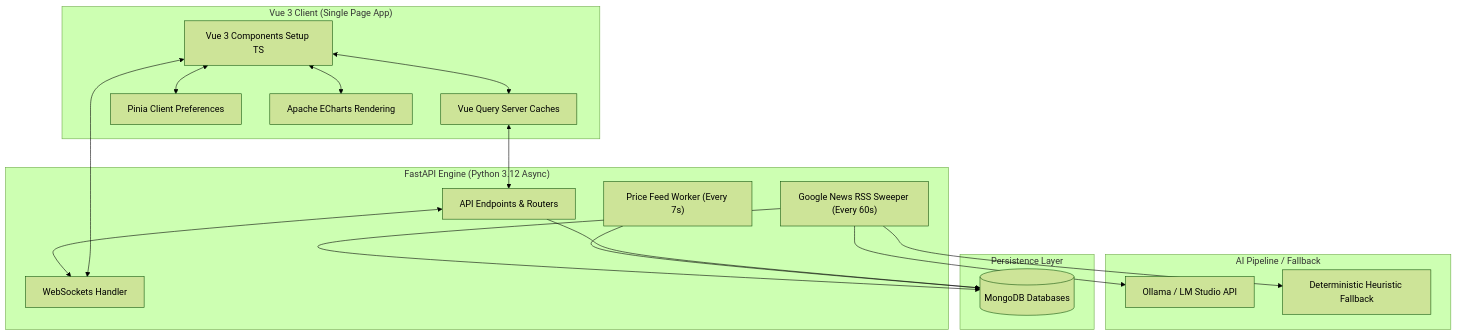
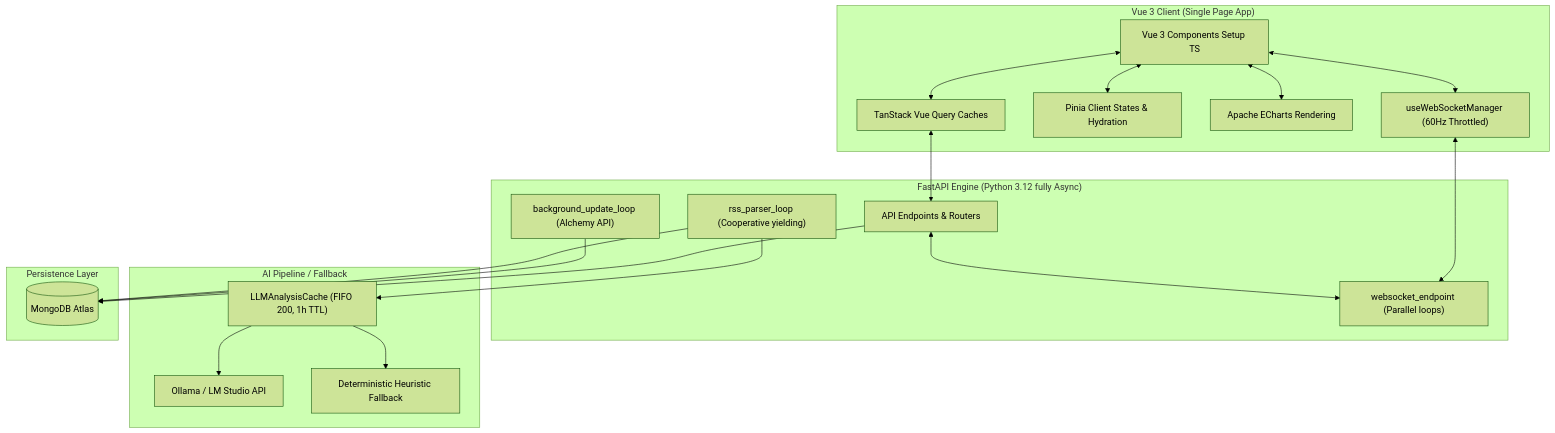
One commit to AlexKrivokorytov/Crypto-Market_Sentiment_Analyzer. changed the diagram in README.md. Above: the diagram before and after it, drawn with Mermaid (forest theme). The commit also changed other lines of this file and 27 other files, not shown here.

Commit message:
refactor!: complete production-grade refactoring of frontend (Vue3) and backend (FastAPI) layers

````diff
--- a/README.md
+++ b/README.md
@@ -30,31 +33,34 @@
 ```mermaid
 graph TD
     subgraph Frontend ["Vue 3 Client (Single Page App)"]
-        V["Vue 3 Components Setup TS"] <--> PQ["Vue Query Server Caches"]
-        V <--> P["Pinia Client Preferences"]
+        V["Vue 3 Components Setup TS"] <--> PQ["TanStack Vue Query Caches"]
+        V <--> P["Pinia Client States & Hydration"]
         V <--> C["Apache ECharts Rendering"]
+        V <--> WS_C["useWebSocketManager (60Hz Throttled)"]
     end
 
-    subgraph Backend ["FastAPI Engine (Python 3.12 Async)"]
-        E["API Endpoints & Routers"] <--> WS["WebSockets Handler"]
-        BG["Price Feed Worker (Every 7s)"]
-        Parser["Google News RSS Sweeper (Every 60s)"]
+    subgraph Backend ["FastAPI Engine (Python 3.12 fully Async)"]
+        E["API Endpoints & Routers"] <--> WS_S["websocket_endpoint (Parallel loops)"]
+        BG["background_update_loop (Alchemy API)"]
+        Parser["rss_parser_loop (Cooperative yielding)"]
     end
 
     subgraph LLM ["AI Pipeline / Fallback"]
         LLM_API["Ollama / LM Studio API"]
         Fall["Deterministic Heuristic Fallback"]
+        Cache["LLMAnalysisCache (FIFO 200, 1h TTL)"]
     end
 
     subgraph Database ["Persistence Layer"]
-        DB[("MongoDB Databases")]
+        DB[("MongoDB Atlas")]
     end
 
     PQ <--> E
-    V <--> WS
-    Parser --> LLM_API
-    Parser --> Fall
+    WS_C <--> WS_S
+    Parser --> Cache
+    Cache --> LLM_API
+    Cache --> Fall
     Parser --> DB
     BG --> DB
     E --> DB
 ```
````
